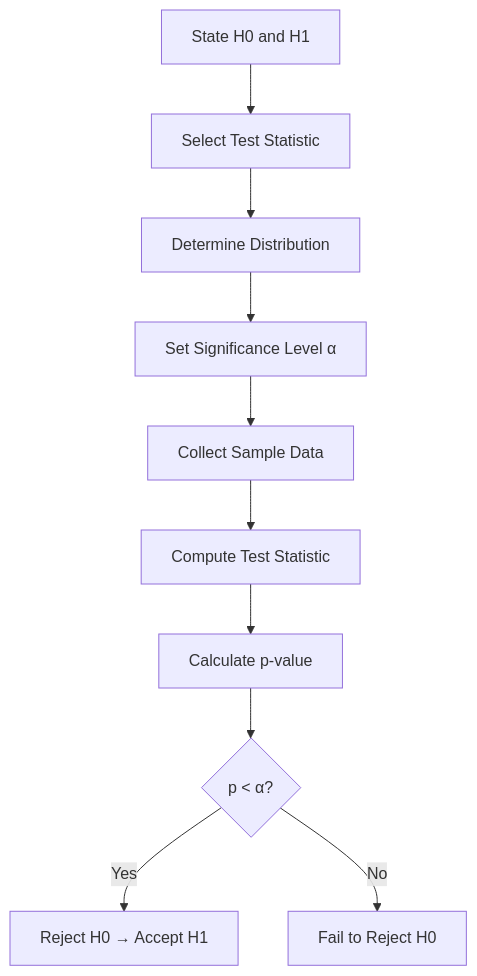
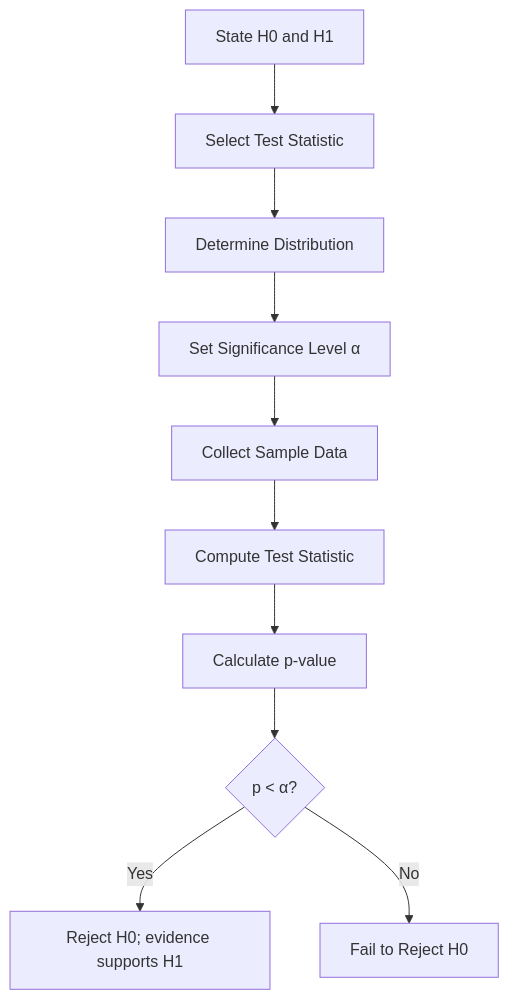
One commit to Evintkoo/2048-ml changed the second of 3 diagrams in plans/08-Research-Report/02-Methodology/03-hypotheses.md. Above: the diagram before and after it, drawn with Mermaid. The commit also changed other lines of this file and 157 other files, not shown here.

````diff
--- a/plans/08-Research-Report/02-Methodology/03-hypotheses.md
+++ b/plans/08-Research-Report/02-Methodology/03-hypotheses.md
@@ -59,12 +59,12 @@
 ```mermaid
 flowchart TD
     A[State H0 and H1] --> B[Select Test Statistic]
     B --> C[Determine Distribution]
     C --> D[Set Significance Level α]
     D --> E[Collect Sample Data]
     E --> F[Compute Test Statistic]
     F --> G[Calculate p-value]
     G --> H{p < α?}
-    H -->|Yes| I[Reject H0 → Accept H1]
+    H -->|Yes| I[Reject H0; evidence supports H1]
     H -->|No| J[Fail to Reject H0]
 ```
````
